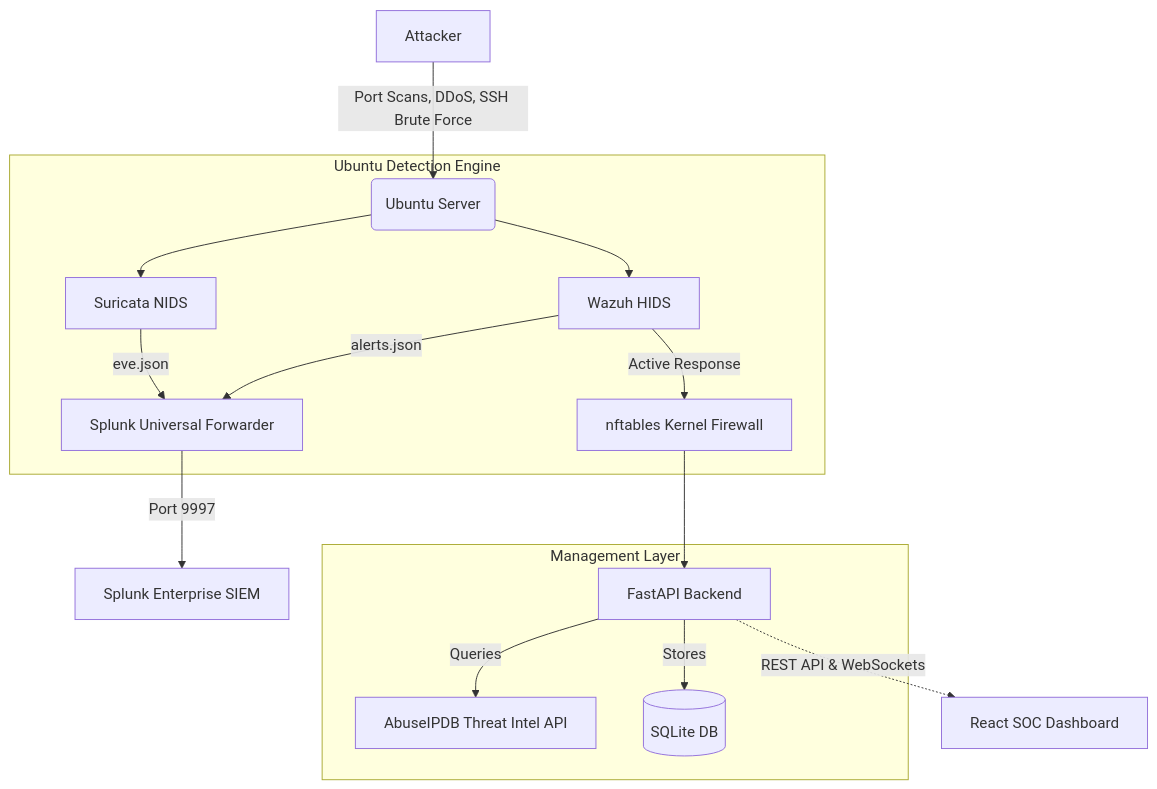
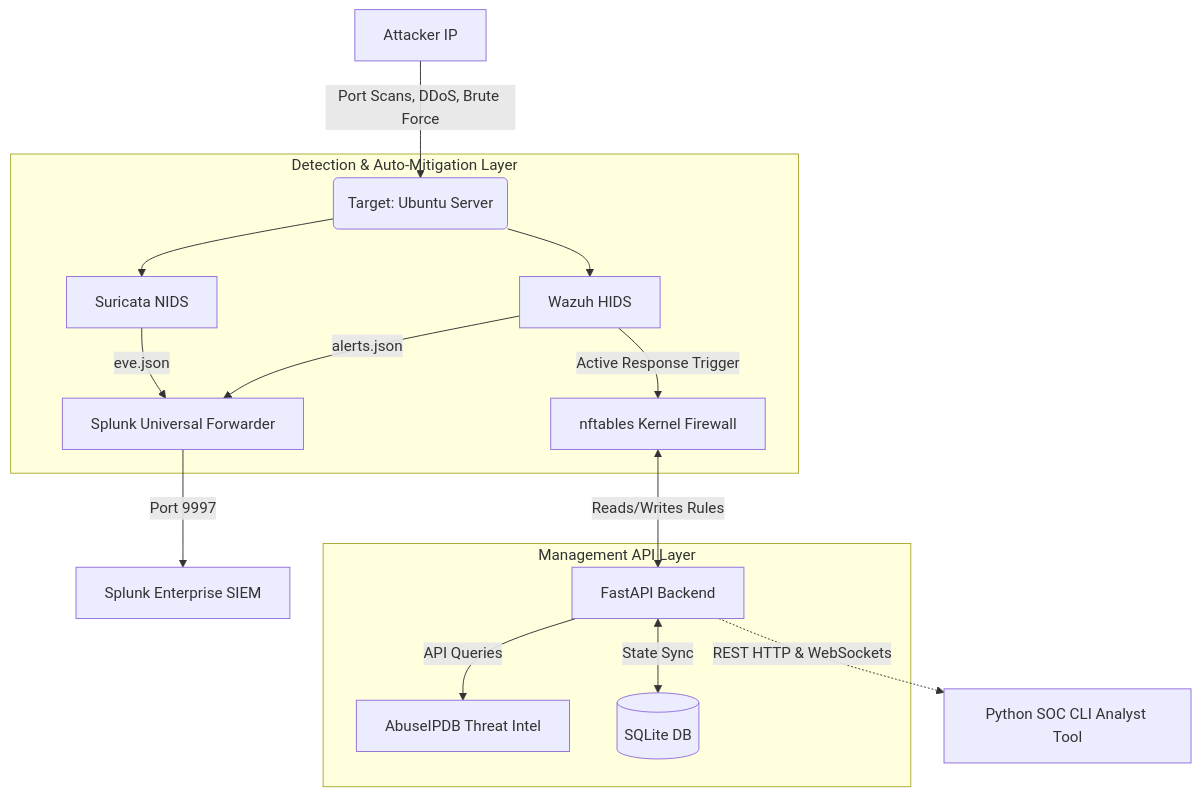
One commit to seetharamdamarla/personal-firewall changed the diagram in README.md. Above: the diagram before and after it, drawn with Mermaid. The commit also changed other lines of this file and 24 other files, not shown here.

````diff
--- a/README.md
+++ b/README.md
@@ -18,21 +30,21 @@
 ```mermaid
 graph TD
-    A[Attacker] -->|Port Scans, DDoS, SSH Brute Force| B(Ubuntu Server)
+    A[Attacker IP] -->|Port Scans, DDoS, Brute Force| B(Target: Ubuntu Server)
     
-    subgraph Ubuntu Detection Engine
+    subgraph Detection & Auto-Mitigation Layer
         B --> C[Suricata NIDS]
         B --> D[Wazuh HIDS]
         C -->|eve.json| E[Splunk Universal Forwarder]
         D -->|alerts.json| E
-        D -->|Active Response| F[nftables Kernel Firewall]
+        D -->|Active Response Trigger| F[nftables Kernel Firewall]
     end
     
-    subgraph Management Layer
-        F --> G[FastAPI Backend]
-        G -->|Queries| H[AbuseIPDB Threat Intel API]
-        G -->|Stores| I[(SQLite DB)]
+    subgraph Management API Layer
+        F <-->|Reads/Writes Rules| G[FastAPI Backend]
+        G -->|API Queries| H[AbuseIPDB Threat Intel]
+        G <-->|State Sync| I[(SQLite DB)]
     end
     
     E -->|Port 9997| J[Splunk Enterprise SIEM]
-    G -.->|REST API & WebSockets| K[React SOC Dashboard]
+    G -.->|REST HTTP & WebSockets| K[Python SOC CLI Analyst Tool]
 ```
````
